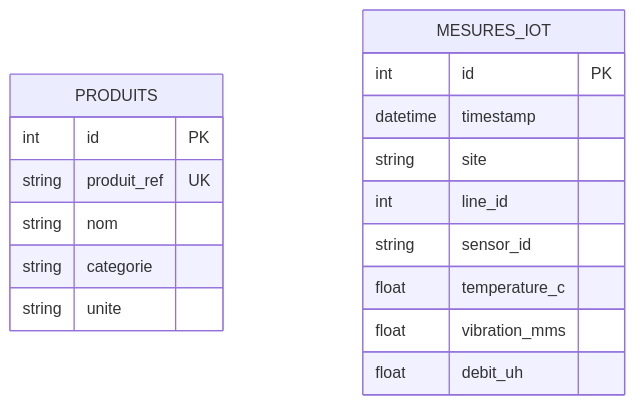
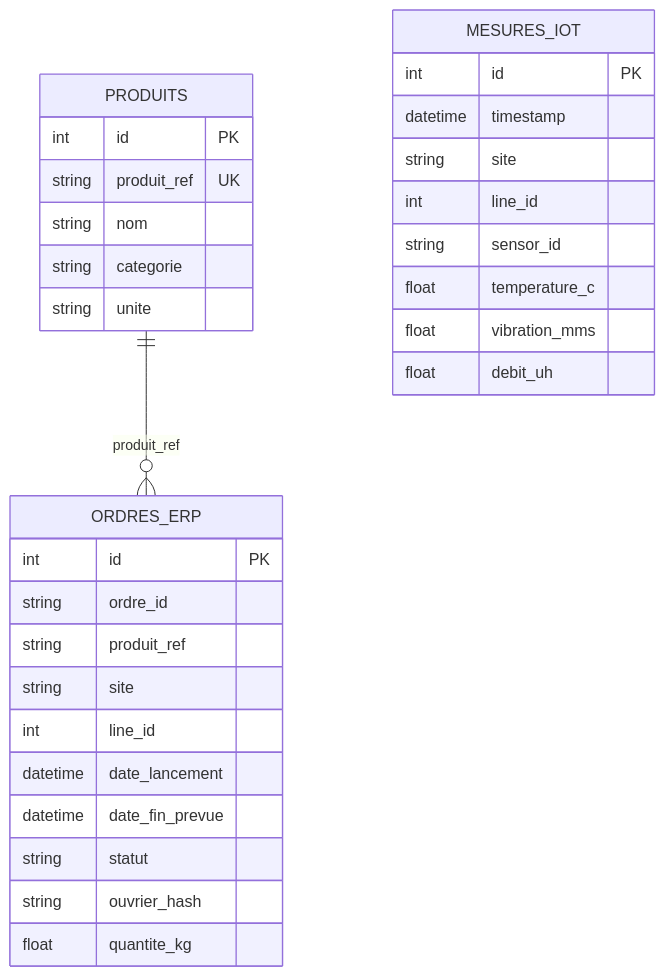
The second of 2 diagrams in README.md (userZku/M3-B2-acerox-theo-romain), drawn with Mermaid before and after one commit. The commit also changed other lines of this file and 1 other file, not shown here.

Commit message:
docs(docs) modification du README et du decision.md suite à la prise en compte de la source ERP - Co-authored-by:Théo

````diff
--- a/README.md
+++ b/README.md
@@ -136,22 +144,37 @@
 ```mermaid
 erDiagram
    PRODUITS {
       int id PK
       string produit_ref UK
       string nom
       string categorie
       string unite
    }
 
    MESURES_IOT {
       int id PK
       datetime timestamp
       string site
       int line_id
       string sensor_id
       float temperature_c
       float vibration_mms
       float debit_uh
    }
 
+   ORDRES_ERP {
+      int id PK
+      string ordre_id
+      string produit_ref
+      string site
+      int line_id
+      datetime date_lancement
+      datetime date_fin_prevue
+      string statut
+      string ouvrier_hash
+      float quantite_kg
+   }
+
+   PRODUITS ||--o{ ORDRES_ERP : "produit_ref"
+
 ```
````
